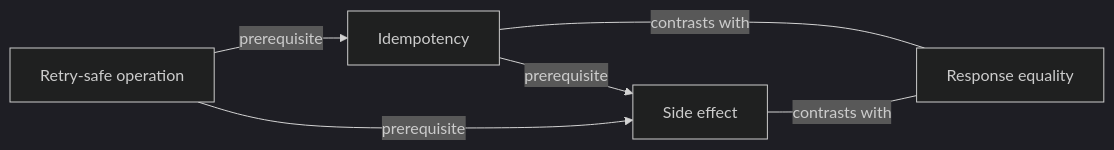
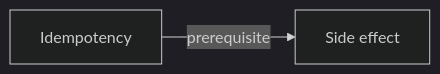
One commit to FuqingZh/learning-lab changed the diagram in maps/concepts/side-effect.md. Above: the diagram before and after it, drawn with Mermaid (dark theme). The commit also changed other lines of this file and 42 other files, not shown here.

````diff
--- a/maps/concepts/side-effect.md
+++ b/maps/concepts/side-effect.md
@@ -42,12 +41,6 @@
 ```mermaid
 flowchart LR
   idempotency["Idempotency"]
-  response_equality["Response equality"]
-  retry_safe_operation["Retry-safe operation"]
   side_effect["Side effect"]
-  idempotency ---|contrasts with| response_equality
   idempotency -->|prerequisite| side_effect
-  retry_safe_operation -->|prerequisite| idempotency
-  retry_safe_operation -->|prerequisite| side_effect
-  side_effect ---|contrasts with| response_equality
 ```
````
